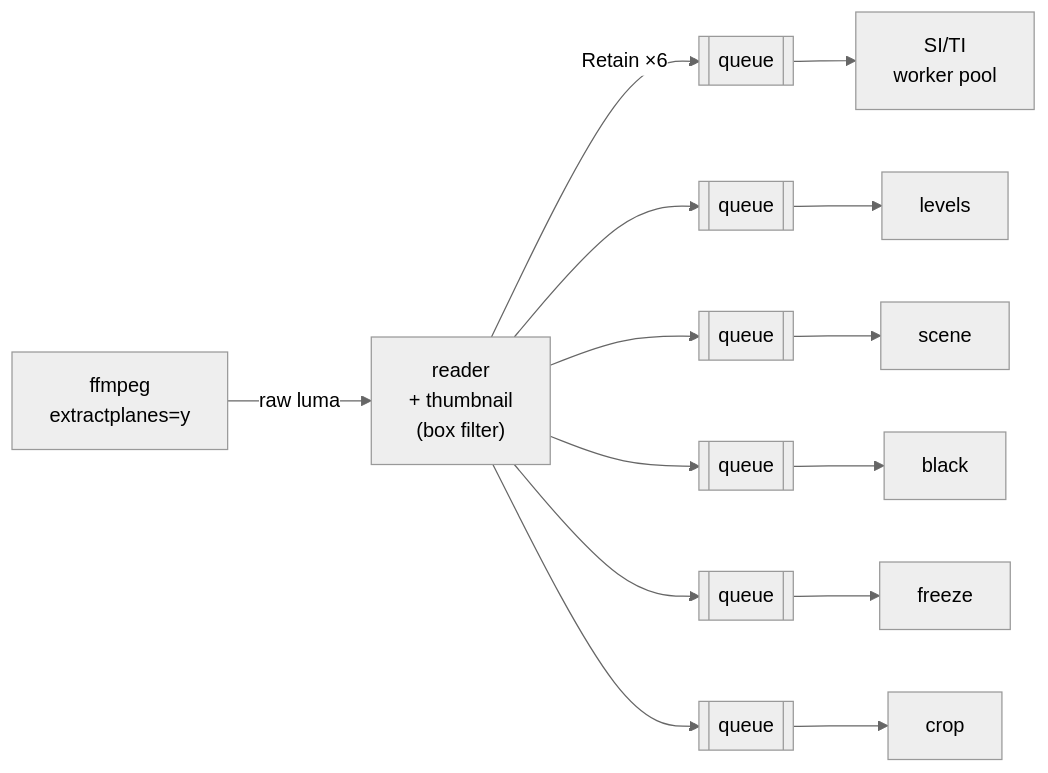
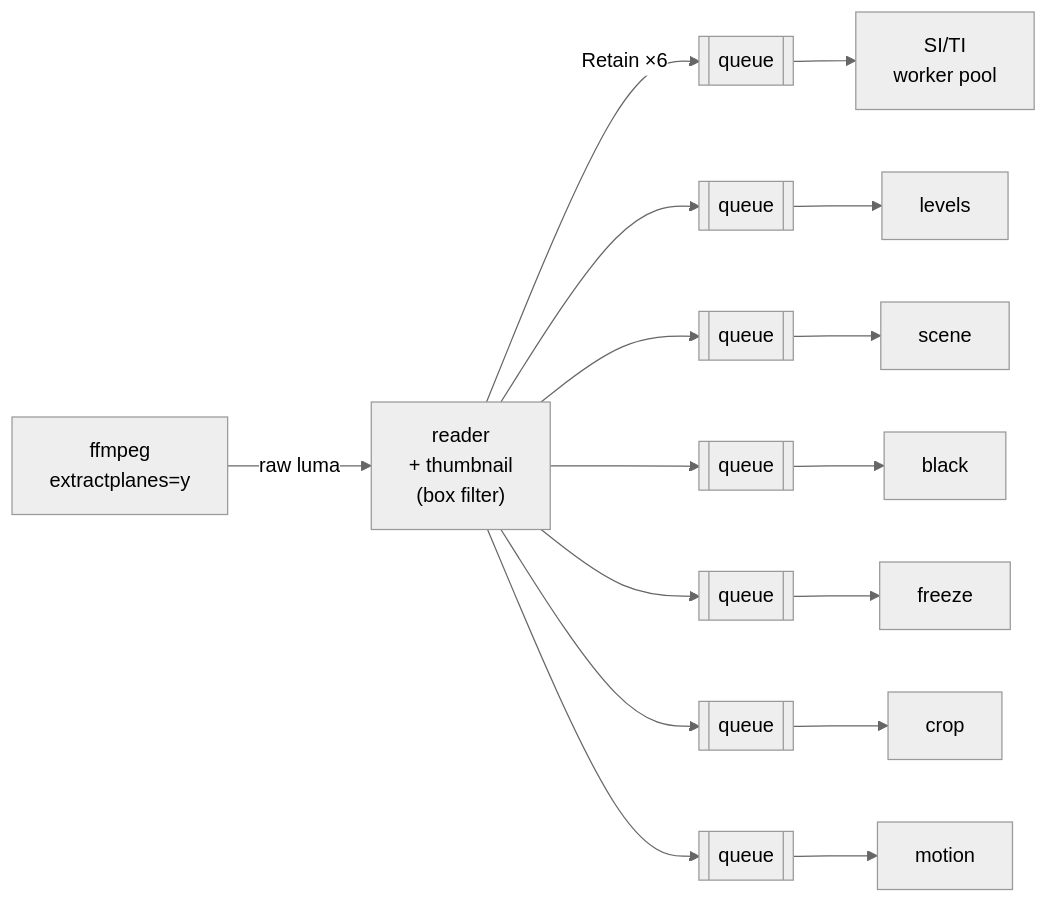
Before and after one commit to eko/qc: the first of 2 diagrams in docs/analysis.md, drawn with Mermaid (neutral theme). The commit also changed other lines of this file and 177 other files, not shown here.

````diff
--- a/docs/analysis.md
+++ b/docs/analysis.md
@@ -61,10 +63,11 @@
 ```mermaid
 flowchart LR
     ffmpeg["ffmpeg<br/>extractplanes=y"] -->|raw luma| reader["reader<br/>+ thumbnail<br/>(box filter)"]
     reader -->|Retain ×6| q1[[queue]] --> siti["SI/TI<br/>worker pool"]
     reader --> q2[[queue]] --> levels
     reader --> q3[[queue]] --> scene
     reader --> q4[[queue]] --> black
     reader --> q5[[queue]] --> freeze
     reader --> q6[[queue]] --> crop
+    reader --> q7[[queue]] --> motion
 ```
````
